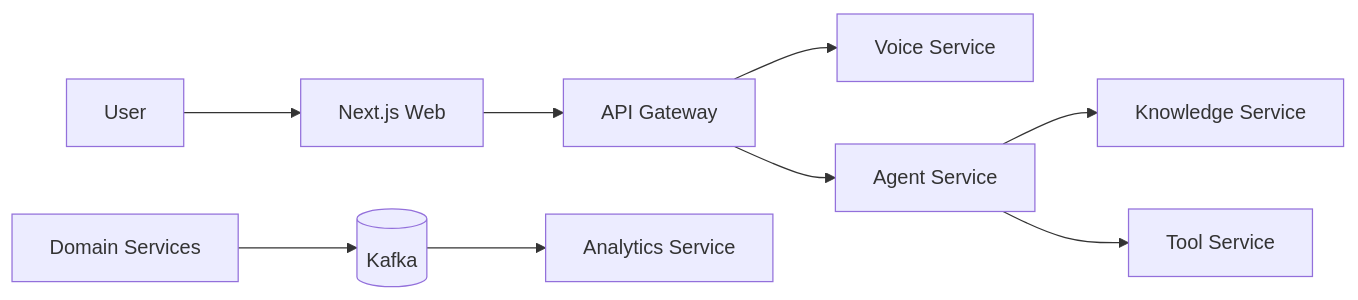
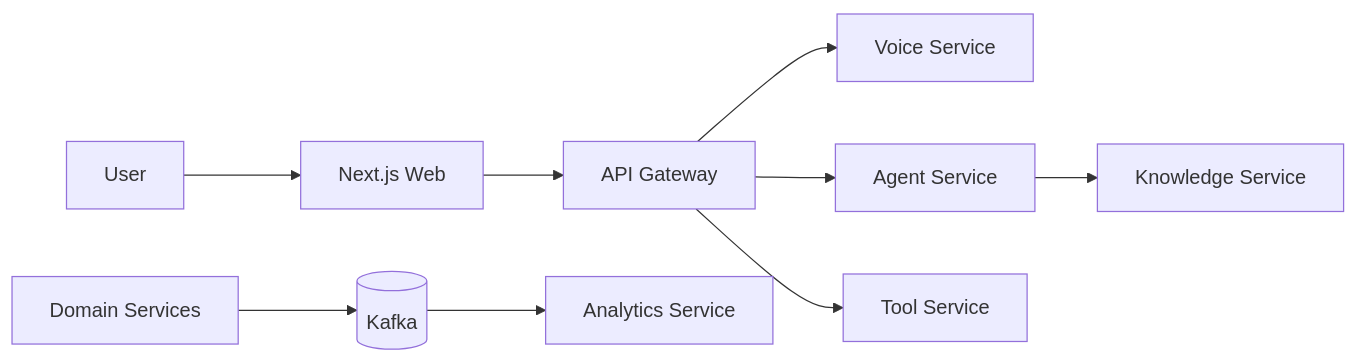
The first of 6 diagrams in docs/architecture.md (akshaychavan23031998/AURA), drawn with Mermaid before and after one commit. The commit also changed other lines of this file and 17 other files, not shown here.

Commit message:
feat(orchestration): add deterministic agent-tool execution loop

````diff
--- a/docs/architecture.md
+++ b/docs/architecture.md
@@ -25,11 +26,11 @@
 ```mermaid
 flowchart LR
   User --> Web[Next.js Web]
   Web --> Gateway[API Gateway]
   Gateway --> Voice[Voice Service]
   Gateway --> Agent[Agent Service]
+  Gateway --> Tools[Tool Service]
   Agent --> Knowledge[Knowledge Service]
-  Agent --> Tools[Tool Service]
   Services[Domain Services] --> Kafka[(Kafka)]
   Kafka --> Analytics[Analytics Service]
 ```
````
